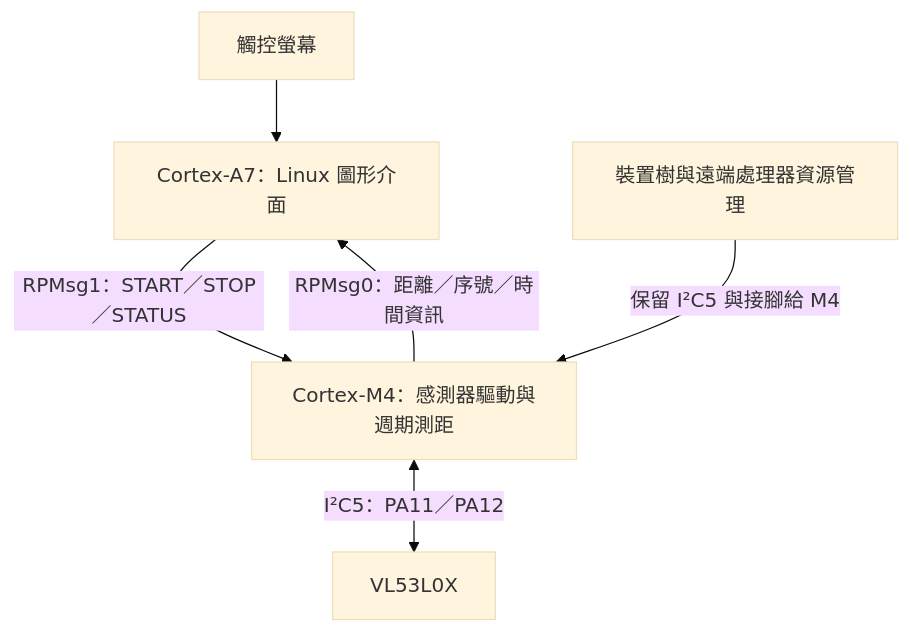
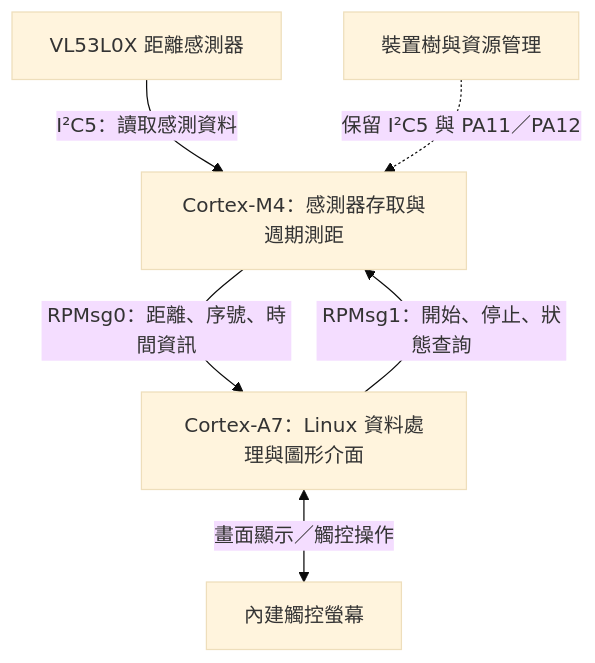
One commit to fan-gu-hao/stm32mp1-a7-m4-system-integration changed the diagram in README.md. Above: the diagram before and after it, drawn with Mermaid (base theme). The commit also changed 1 other file, not shown here.

Commit message:
docs: arrange architecture diagrams around the ranging data flow

````diff
--- a/README.md
+++ b/README.md
@@ -47,8 +47,8 @@
 ```mermaid
 flowchart TB
-    UI["觸控螢幕"] --> A7["Cortex-A7：Linux 圖形介面"]
-    A7 -->|"RPMsg1：START／STOP／STATUS"| M4["Cortex-M4：感測器驅動與週期測距"]
-    M4 -->|"RPMsg0：距離／序號／時間資訊"| A7
-    M4 <-->|"I²C5：PA11／PA12"| Sensor["VL53L0X"]
-    DT["裝置樹與遠端處理器資源管理"] -->|"保留 I²C5 與接腳給 M4"| M4
+    Sensor["VL53L0X 距離感測器"] -->|"I²C5：讀取感測資料"| M4["Cortex-M4：感測器存取與週期測距"]
+    Config["裝置樹與資源管理"] -.->|"保留 I²C5 與 PA11／PA12"| M4
+    M4 -->|"RPMsg0：距離、序號、時間資訊"| A7["Cortex-A7：Linux 資料處理與圖形介面"]
+    A7 -->|"RPMsg1：開始、停止、狀態查詢"| M4
+    A7 <-->|"畫面顯示／觸控操作"| Screen["內建觸控螢幕"]
 ```
````
